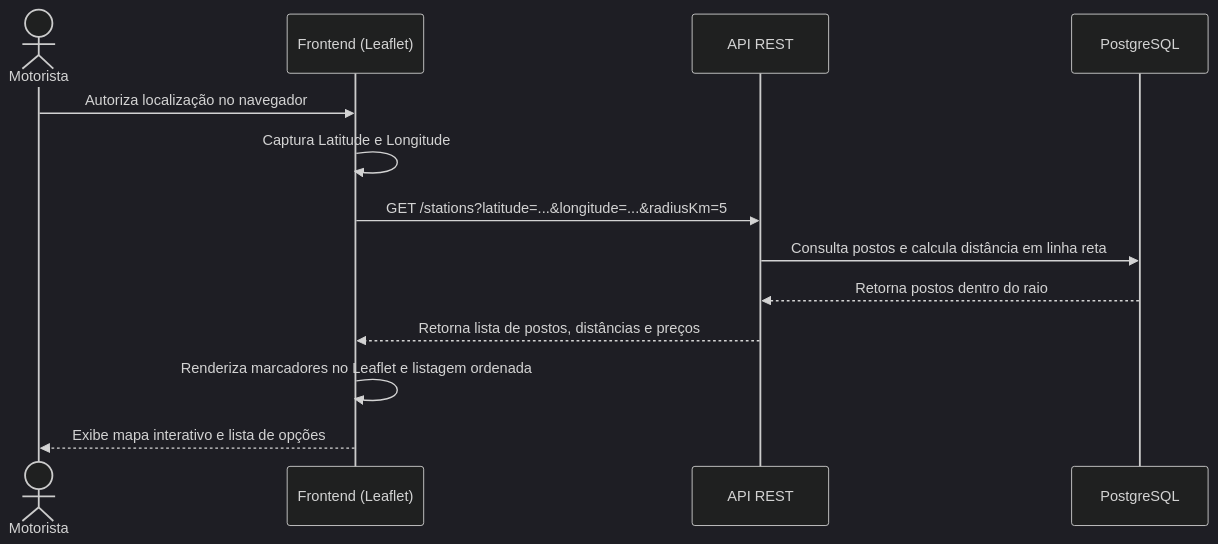
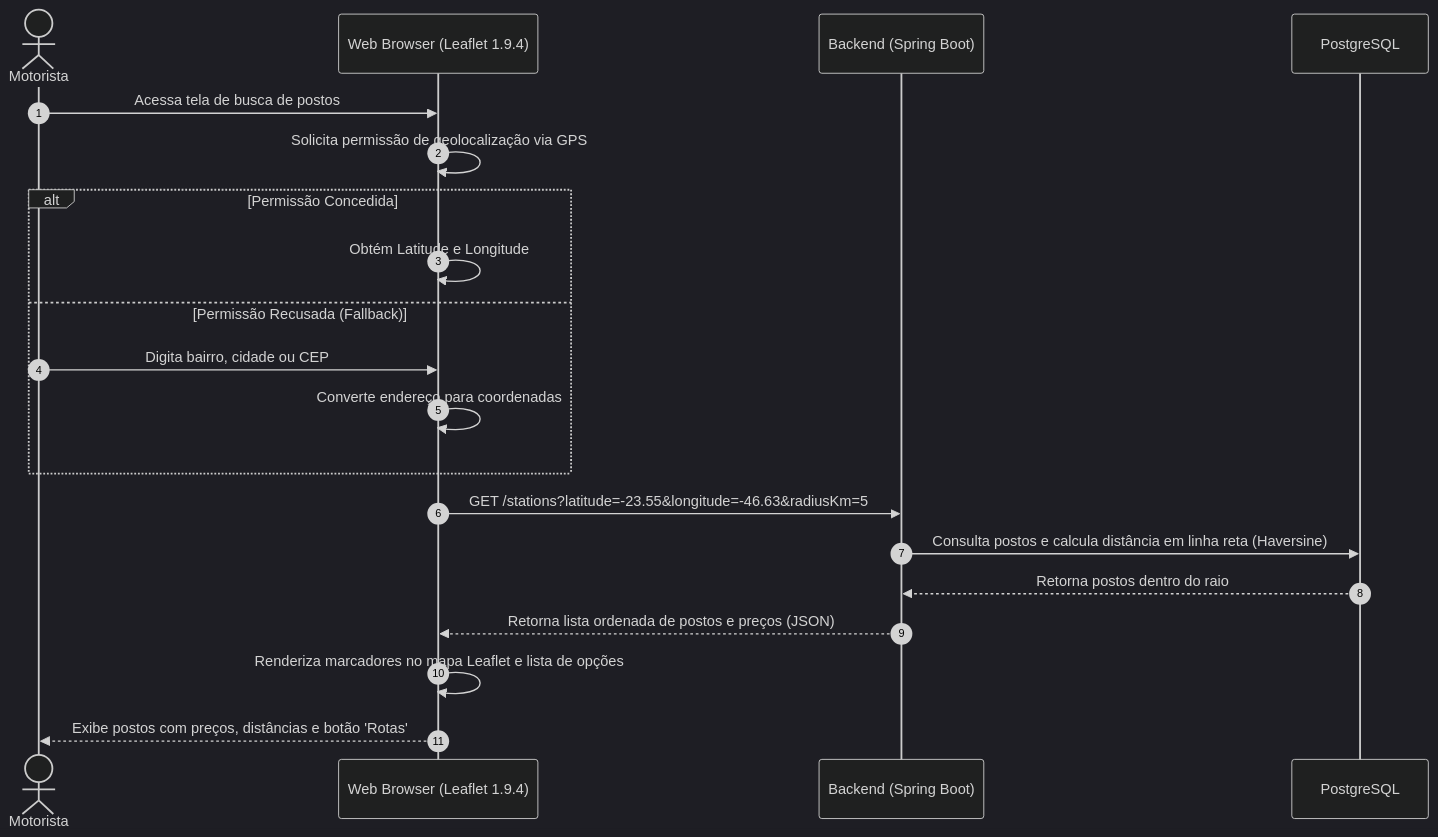
One commit to fuguharawillian/FuelFinder- changed the fourth of 6 diagrams in .ai/architecture.md. Above: the diagram before and after it, drawn with Mermaid (dark theme). The commit also changed other lines of this file and 3 other files, not shown here.

````diff
--- a/.ai/architecture.md
+++ b/.ai/architecture.md
@@ -510,16 +409,23 @@
 ```mermaid
 sequenceDiagram
-    actor M as Motorista
-    participant F as Frontend (Leaflet)
-    participant A as API REST
+    autonumber
+    actor Condutor as Motorista
+    participant Browser as Web Browser (Leaflet 1.9.4)
+    participant API as Backend (Spring Boot)
     participant DB as PostgreSQL
 
-    M->>F: Autoriza localização no navegador
-    F->>F: Captura Latitude e Longitude
-    F->>A: GET /stations?latitude=...&longitude=...&radiusKm=5
-    A->>DB: Consulta postos e calcula distância em linha reta
-    DB-->>A: Retorna postos dentro do raio
-    A-->>F: Retorna lista de postos, distâncias e preços
-    F->>F: Renderiza marcadores no Leaflet e listagem ordenada
-    F-->>M: Exibe mapa interativo e lista de opções
+    Condutor->>Browser: Acessa tela de busca de postos
+    Browser->>Browser: Solicita permissão de geolocalização via GPS
+    alt Permissão Concedida
+        Browser->>Browser: Obtém Latitude e Longitude
+    else Permissão Recusada (Fallback)
+        Condutor->>Browser: Digita bairro, cidade ou CEP
+        Browser->>Browser: Converte endereço para coordenadas
+    end
+    Browser->>API: GET /stations?latitude=-23.55&longitude=-46.63&radiusKm=5
+    API->>DB: Consulta postos e calcula distância em linha reta (Haversine)
+    DB-->>API: Retorna postos dentro do raio
+    API-->>Browser: Retorna lista ordenada de postos e preços (JSON)
+    Browser->>Browser: Renderiza marcadores no mapa Leaflet e lista de opções
+    Browser-->>Condutor: Exibe postos com preços, distâncias e botão 'Rotas'
 ```
````
